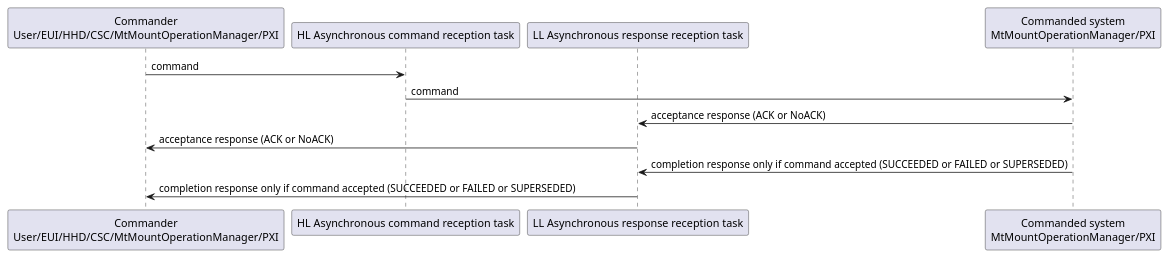
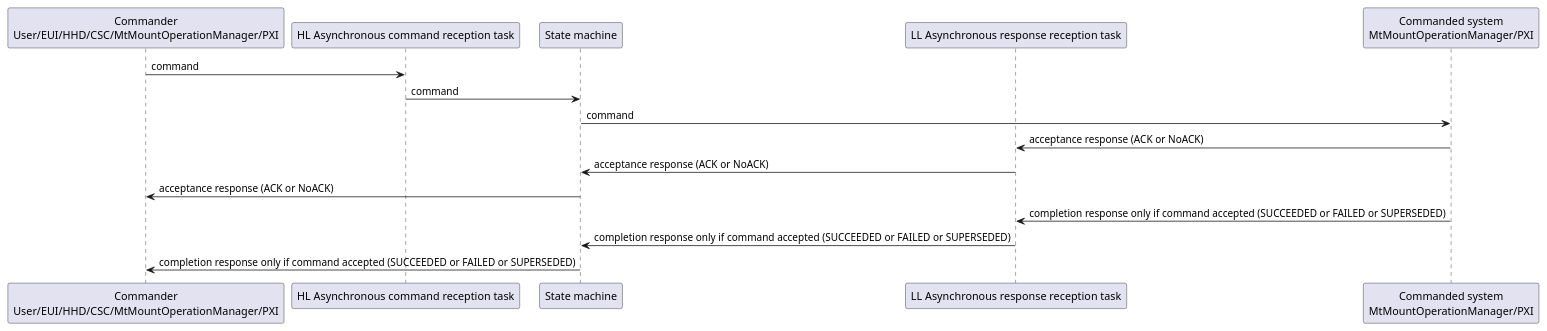
The third of 10 diagrams in MCS_SW_Design_Report.md (lsst-ts/ts_tma_tma-documentation_mcs-sw-design), drawn with PlantUML before and after one commit. The commit also changed other lines of this file, not shown here.

````diff
--- a/MCS_SW_Design_Report.md
+++ b/MCS_SW_Design_Report.md
@@ -198,15 +198,20 @@
 ```plantuml
 @startuml
 participant "Commander\nUser/EUI/HHD/CSC/MtMountOperationManager/PXI" as commander
 participant "HL Asynchronous command reception task" as HL
+participant "State machine" as stateMachine
 participant "LL Asynchronous response reception task" as LL
 participant "Commanded system\nMtMountOperationManager/PXI" as subsystem
 
 commander->HL: command
-HL->subsystem: command
+HL->stateMachine: command
+stateMachine->subsystem: command
+
 subsystem->LL: acceptance response (ACK or NoACK)
-LL->commander: acceptance response (ACK or NoACK)
+LL->stateMachine: acceptance response (ACK or NoACK)
+stateMachine->commander: acceptance response (ACK or NoACK)
 subsystem->LL: completion response only if command accepted (SUCCEEDED or FAILED or SUPERSEDED)
-LL->commander: completion response only if command accepted (SUCCEEDED or FAILED or SUPERSEDED)
+LL->stateMachine: completion response only if command accepted (SUCCEEDED or FAILED or SUPERSEDED)
+stateMachine->commander: completion response only if command accepted (SUCCEEDED or FAILED or SUPERSEDED)
 @enduml
 ```
````
